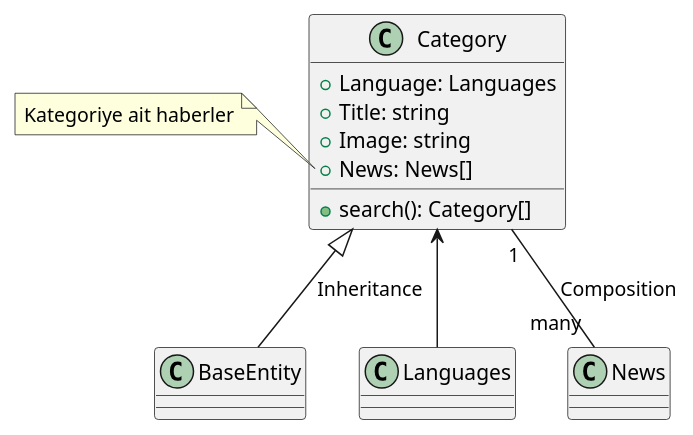
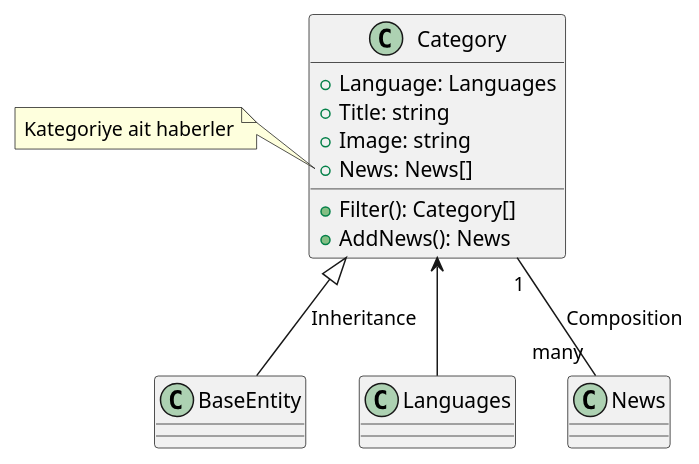
One commit to evrendev/sport-club changed the diagram in uml/News/Category.puml. Above: the diagram before and after it, drawn with PlantUML. The commit also changed 12 other files, not shown here.

Commit message:
Uml diagrams updated

```diff
--- a/uml/News/Category.puml
+++ b/uml/News/Category.puml
@@ -1,20 +1,21 @@
 @startuml Category Class Diagram
 
 class Category  {
     + Language: Languages
     + Title: string 
     + Image: string
     + News: News[] 
 
-    + search(): Category[]
+    + Filter(): Category[]
+    + AddNews(): News
 }
 
 Category <|-- BaseEntity: Inheritance
 Category <-- Languages
 Category "1" -- "many" News: Composition
 
 note left of Category::News 
 Kategoriye ait haberler
 end note
  
 @enduml
```
